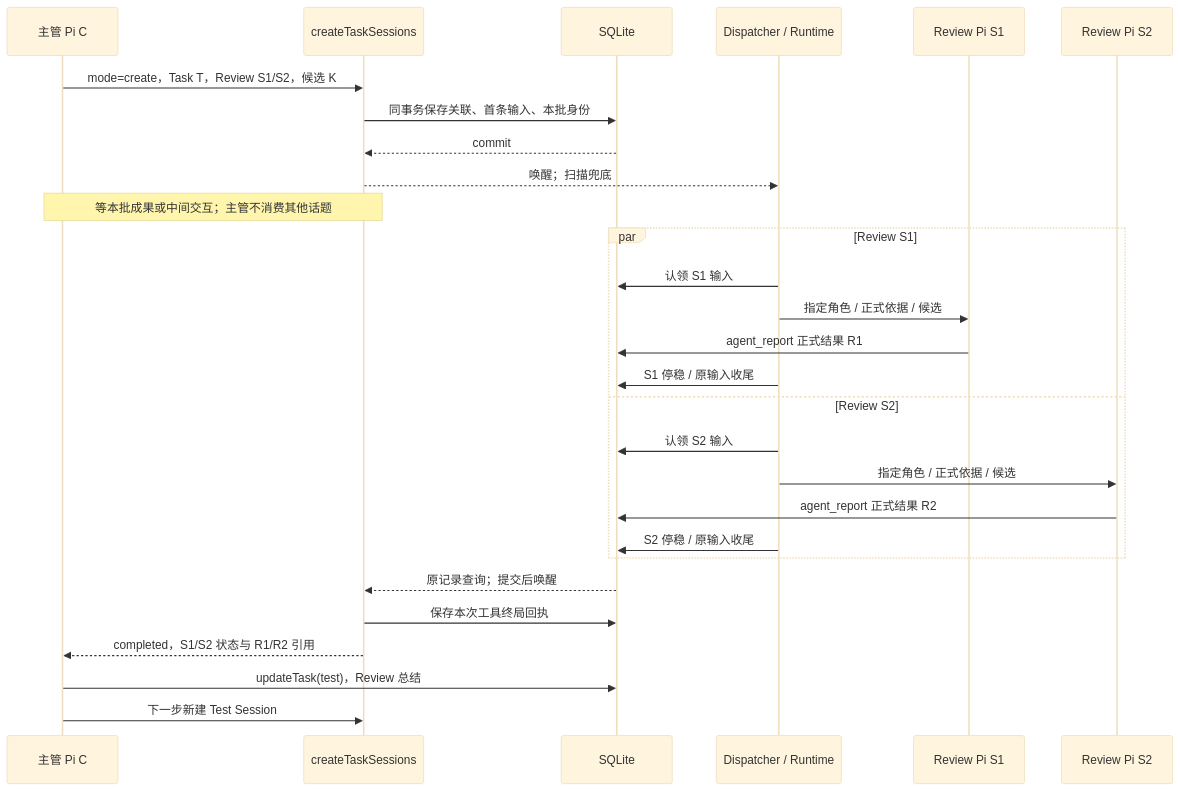
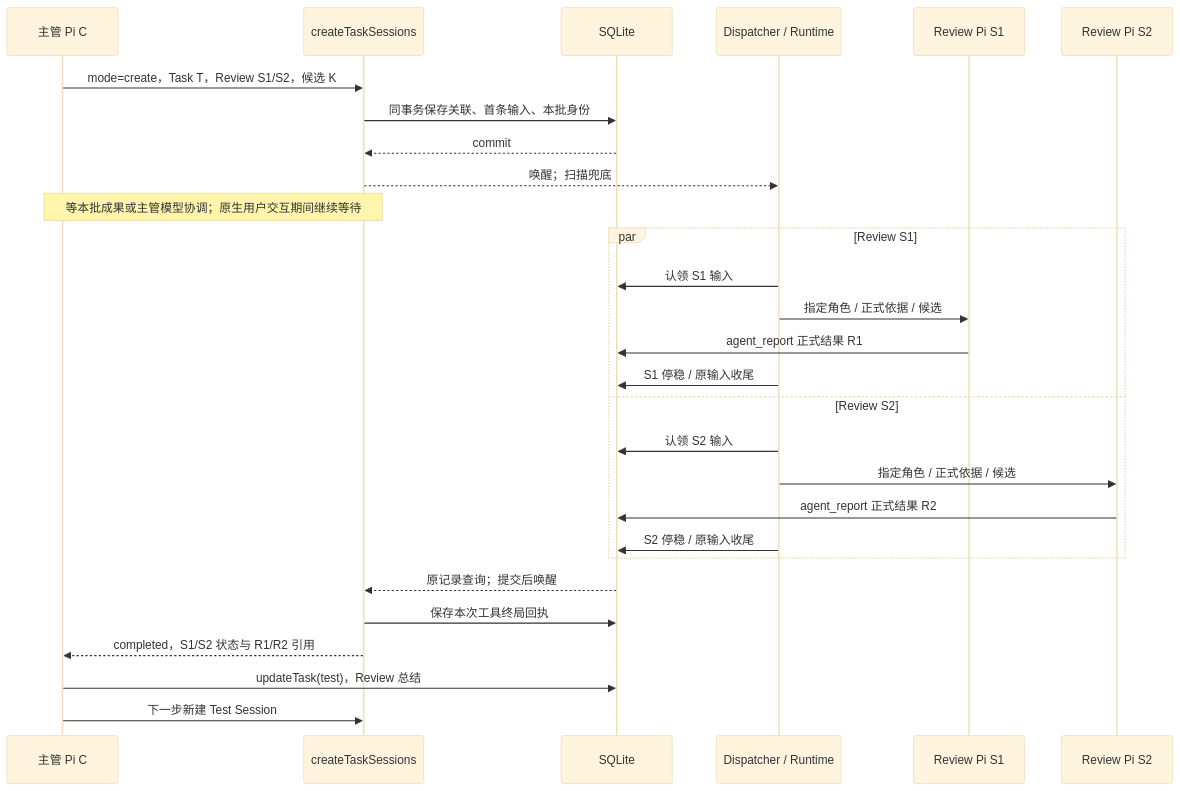
The second of 3 diagrams in docs/technicalnew/messaging-and-collaboration.md (mojiaicrypto-ops/Kaiming), drawn with Mermaid (base theme) before and after one commit. The commit also changed other lines of this file and 27 other files, not shown here.

````diff
--- a/docs/technicalnew/messaging-and-collaboration.md
+++ b/docs/technicalnew/messaging-and-collaboration.md
@@ -35,30 +35,30 @@
 ```mermaid
 sequenceDiagram
   participant C as 主管 Pi C
   participant TOOL as createTaskSessions
   participant DB as SQLite
   participant D as Dispatcher / Runtime
   participant S1 as Review Pi S1
   participant S2 as Review Pi S2
   C->>TOOL: mode=create，Task T，Review S1/S2，候选 K
   TOOL->>DB: 同事务保存关联、首条输入、本批身份
   DB-->>TOOL: commit
   TOOL-->>D: 唤醒；扫描兜底
-  Note over C,TOOL: 等本批成果或中间交互；主管不消费其他话题
+  Note over C,TOOL: 等本批成果或主管模型协调；原生用户交互期间继续等待
   par Review S1
     D->>DB: 认领 S1 输入
     D->>S1: 指定角色 / 正式依据 / 候选
     S1->>DB: agent_report 正式结果 R1
     D->>DB: S1 停稳 / 原输入收尾
   and Review S2
     D->>DB: 认领 S2 输入
     D->>S2: 指定角色 / 正式依据 / 候选
     S2->>DB: agent_report 正式结果 R2
     D->>DB: S2 停稳 / 原输入收尾
   end
   DB-->>TOOL: 原记录查询；提交后唤醒
   TOOL->>DB: 保存本次工具终局回执
   TOOL-->>C: completed，S1/S2 状态与 R1/R2 引用
   C->>DB: updateTask(test)，Review 总结
   C->>TOOL: 下一步新建 Test Session
 ```
````
